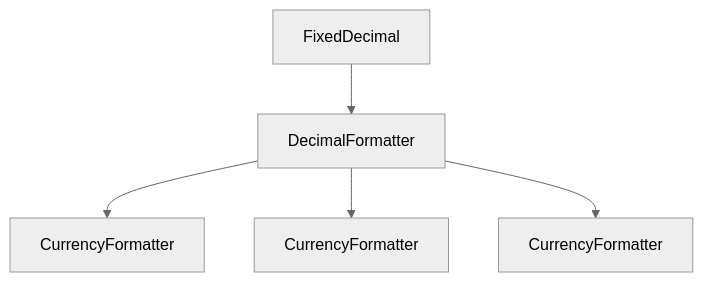
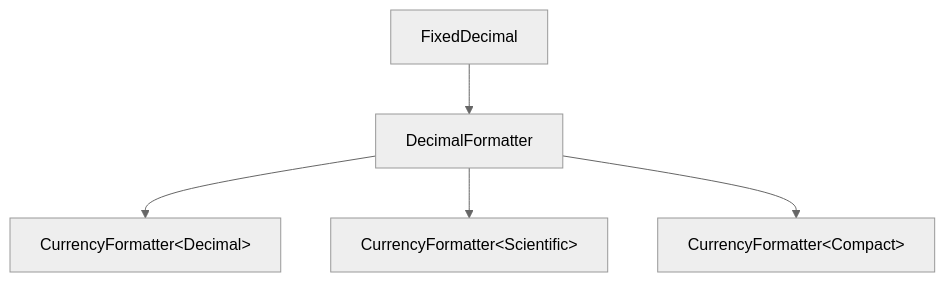
One commit to younies/design_docs changed the first of 3 diagrams in icu4x/number_formatter.md. Above: the diagram before and after it, drawn with Mermaid (neutral theme). The commit also changed other lines of this file, not shown here.

````diff
--- a/icu4x/number_formatter.md
+++ b/icu4x/number_formatter.md
@@ -11,7 +11,7 @@
 ```mermaid
 graph TD
     FD[FixedDecimal] --> DF[DecimalFormatter]
-    DF --> CF["CurrencyFormatter<Decimal>"]
-    DF --> CSF["CurrencyFormatter<Scientific>"]
-    DF --> CCF["CurrencyFormatter<Compact>"]
+    DF --> CF["CurrencyFormatter&lt;Decimal&gt;"]
+    DF --> CSF["CurrencyFormatter&lt;Scientific&gt;"]
+    DF --> CCF["CurrencyFormatter&lt;Compact&gt;"]
 ```
````
